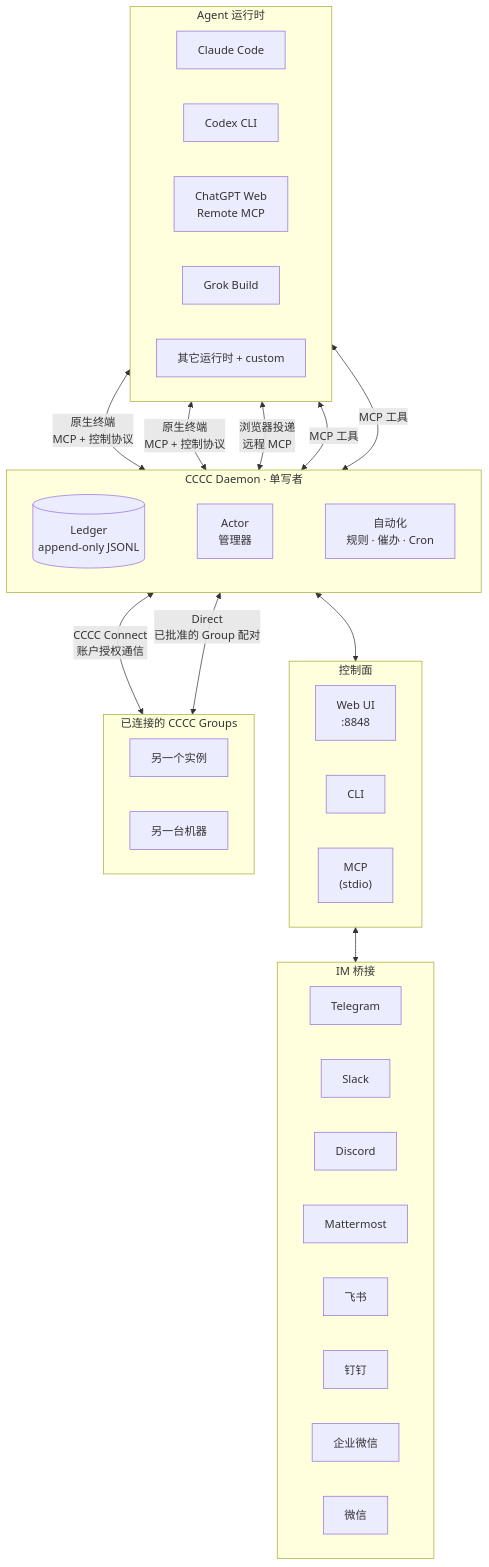
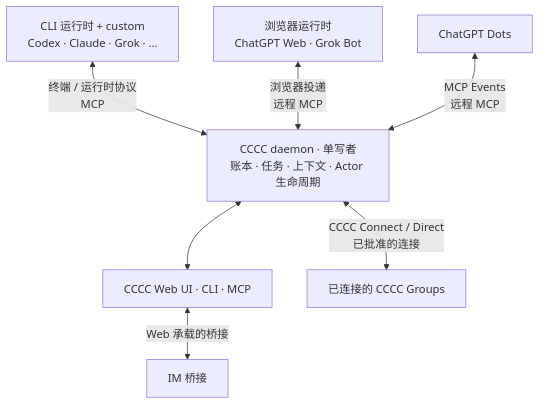
The diagram in README.zh-CN.md (ChesterRa/cccc), drawn with Mermaid before and after one commit. The commit also changed other lines of this file and 34 other files, not shown here.

````diff
--- a/README.zh-CN.md
+++ b/README.zh-CN.md
@@ -177,55 +177,17 @@
 ```mermaid
 graph TB
-    subgraph Agents["Agent 运行时"]
-        direction LR
-        A1["Claude Code"]
-        A2["Codex CLI"]
-        A3["ChatGPT Web<br/>Remote MCP"]
-        A4["Grok Build"]
-        A5["其它运行时 + custom"]
-    end
+    A1["CLI 运行时 + custom<br/>Codex · Claude · Grok · ..."]
+    A3["浏览器运行时<br/>ChatGPT Web · Grok Bot"]
+    A6["ChatGPT Dots"]
+    Daemon["CCCC daemon · 单写者<br/>账本 · 任务 · 上下文 · Actor 生命周期"]
+    Ports["CCCC Web UI · CLI · MCP"]
+    IM["IM 桥接"]
+    Remote["已连接的 CCCC Groups"]
 
-    subgraph Daemon["CCCC Daemon · 单写者"]
-        direction LR
-        Ledger[("Ledger<br/>append-only JSONL")]
-        ActorMgr["Actor<br/>管理器"]
-        Auto["自动化<br/>规则 · 催办 · Cron"]
-        Ledger ~~~ ActorMgr ~~~ Auto
-    end
-
-    subgraph Ports["控制面"]
-        direction LR
-        Web["Web UI<br/>:8848"]
-        CLI["CLI"]
-        MCP["MCP<br/>(stdio)"]
-    end
-
-    subgraph IM["IM 桥接"]
-        direction LR
-        TG["Telegram"]
-        SL["Slack"]
-        DC["Discord"]
-        MM["Mattermost"]
-        FS["飞书"]
-        DT["钉钉"]
-        WC["企业微信"]
-        WX["微信"]
-    end
-
-    subgraph Remote["已连接的 CCCC Groups"]
-        direction LR
-        RG1["另一个实例"]
-        RG2["另一台机器"]
-    end
-
-    A1 <-->|原生终端<br/>MCP + 控制协议| Daemon
-    A2 <-->|原生终端<br/>MCP + 控制协议| Daemon
+    A1 <-->|终端 / 运行时协议<br/>MCP| Daemon
     A3 <-->|浏览器投递<br/>远程 MCP| Daemon
-    A4 <-->|MCP 工具| Daemon
-    A5 <-->|MCP 工具| Daemon
+    A6 <-->|MCP Events<br/>远程 MCP| Daemon
     Daemon <--> Ports
-    Web <--> IM
-    Daemon <-->|CCCC Connect<br/>账户授权通信| RG1
-    Daemon <-->|Direct<br/>已批准的 Group 配对| RG2
-
+    Ports <-->|Web 承载的桥接| IM
+    Daemon <-->|CCCC Connect / Direct<br/>已批准的连接| Remote
 ```
````
